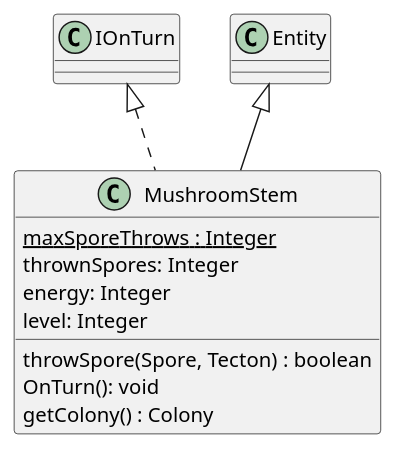
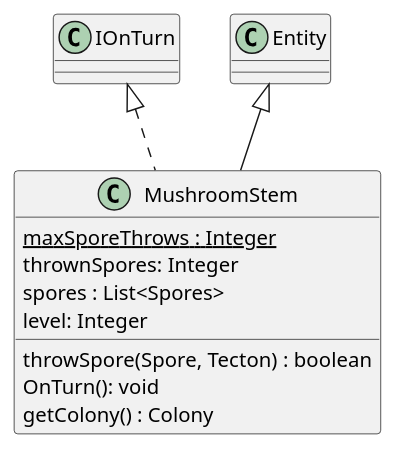
One commit to Petya-G/fungorium changed the diagram in 3/classes/mushroomStem.puml. Above: the diagram before and after it, drawn with PlantUML.

Commit message:
removed energy

```diff
--- a/3/classes/mushroomStem.puml
+++ b/3/classes/mushroomStem.puml
@@ -1,15 +1,15 @@
 @startuml mushroomStem
 
 IOnTurn <|.. MushroomStem
 'IOnRound <|.. MushroomStem
 Entity <|-- MushroomStem 
 class MushroomStem{
     {static} maxSporeThrows : Integer
     thrownSpores: Integer
-    energy: Integer
+    spores : List<Spores>
     level: Integer
     throwSpore(Spore, Tecton) : boolean
     OnTurn(): void
     getColony() : Colony
 }
 @enduml
```
